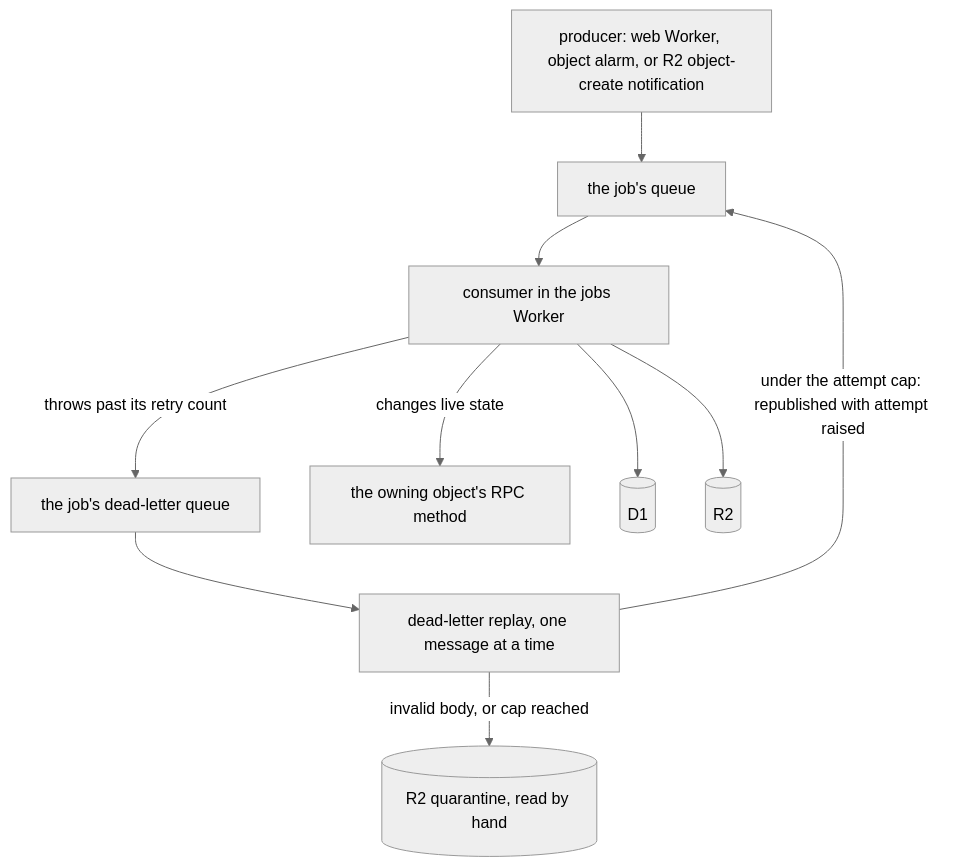
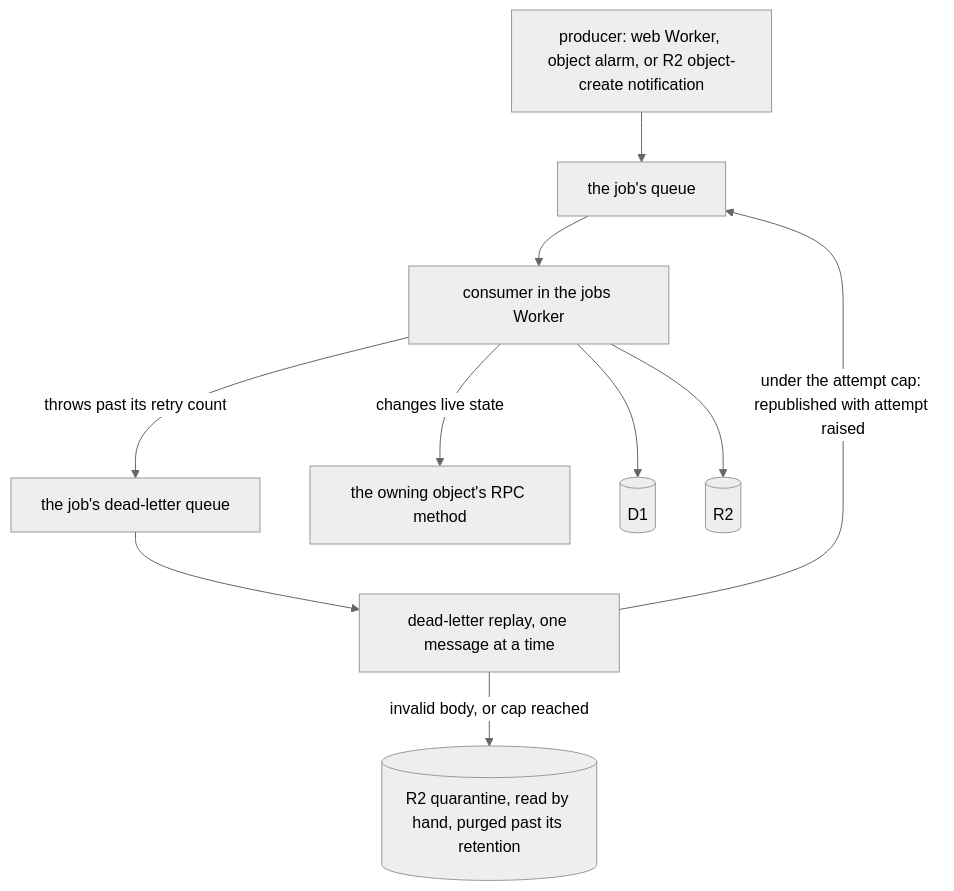
Before and after one commit to Esposter/Esposter: the fourth of 4 diagrams in openspec/specs/architecture/cloudflare-services/design.md, drawn with Mermaid (neutral theme). The commit also changed other lines of this file and 8 other files, not shown here.

First line of the commit message:
fix(jobs): a quarantined dead letter expires past a 30-day retention, purged nightly

````diff
--- a/openspec/specs/architecture/cloudflare-services/design.md
+++ b/openspec/specs/architecture/cloudflare-services/design.md
@@ -122,12 +122,12 @@
 ```mermaid
 flowchart TD
   P["producer: web Worker, object alarm, or R2 object-create notification"] --> Q["the job's queue"]
   Q --> H["consumer in the jobs Worker"]
   H -->|"throws past its retry count"| DL["the job's dead-letter queue"]
   DL --> R["dead-letter replay, one message at a time"]
   R -->|"under the attempt cap: republished with attempt raised"| Q
-  R -->|"invalid body, or cap reached"| QR[("R2 quarantine, read by hand")]
+  R -->|"invalid body, or cap reached"| QR[("R2 quarantine, read by hand, purged past its retention")]
   H -->|"changes live state"| O["the owning object's RPC method"]
   H --> D[("D1")]
   H --> B[("R2")]
 ```
````
